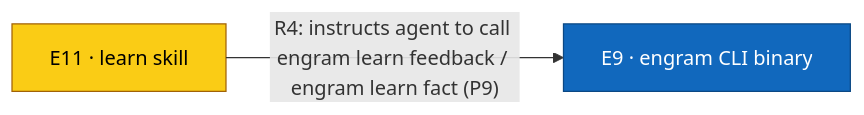
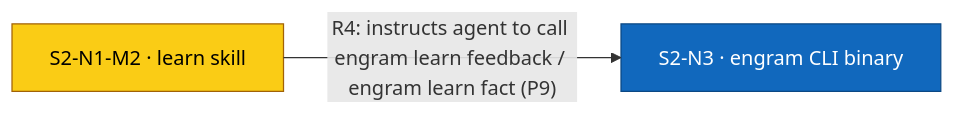
One commit to toejough/engram changed the diagram in architecture/c4/svg/c4-learn-skill.mmd. Above: the diagram before and after it, drawn with Mermaid. The commit also changed 41 other files, not shown here.

```diff
--- a/architecture/c4/svg/c4-learn-skill.mmd
+++ b/architecture/c4/svg/c4-learn-skill.mmd
@@ -1,15 +1,15 @@
 %%{init: {'flowchart': {'defaultRenderer': 'elk'}}}%%
 flowchart LR
     classDef person      fill:#08427b,stroke:#052e56,color:#fff
     classDef external    fill:#999,   stroke:#666,   color:#fff
     classDef container   fill:#1168bd,stroke:#0b4884,color:#fff
     classDef component   fill:#85bbf0,stroke:#5d9bd1,color:#000
     classDef focus       fill:#facc15,stroke:#a16207,color:#000
 
-    e11["E11 · learn skill"]
-    e9["E9 · engram CLI binary"]
+    s2-n1-m2["S2-N1-M2 · learn skill"]
+    s2-n3["S2-N3 · engram CLI binary"]
 
-    e11 -->|"R4: instructs agent to call engram learn feedback / engram learn fact (P9)"| e9
+    s2-n1-m2 -->|"R4: instructs agent to call engram learn feedback / engram learn fact (P9)"| s2-n3
 
-    class e9 container
-    class e11 focus
+    class s2-n3 container
+    class s2-n1-m2 focus
```
